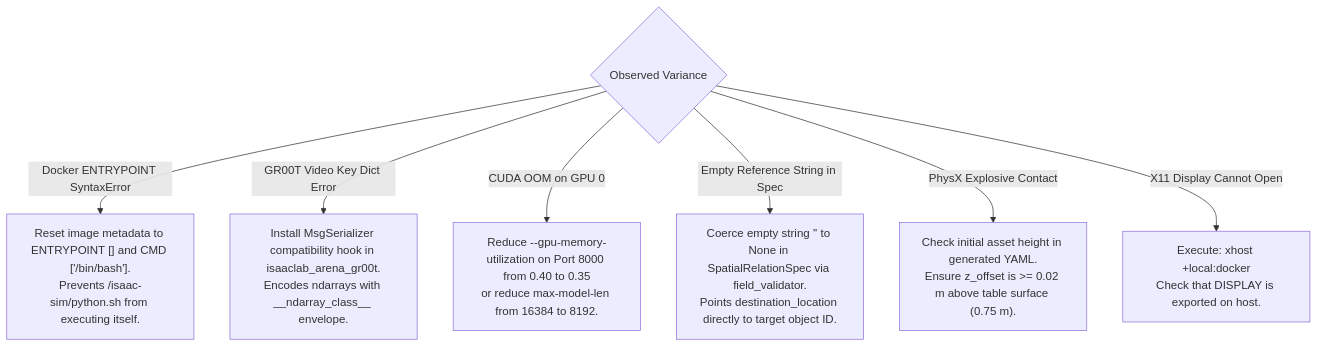
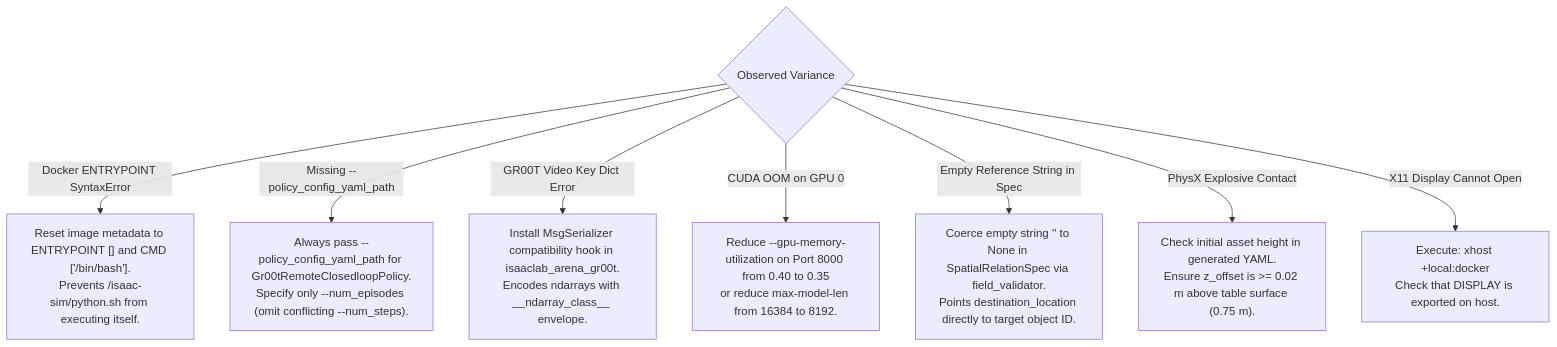
One commit to boredengineering/IsaacLab-Arena changed the second of 2 diagrams in .agents/references/plans/local-inference/experiment_01.md. Above: the diagram before and after it, drawn with Mermaid. The commit also changed other lines of this file and 1 other file, not shown here.

````diff
--- a/.agents/references/plans/local-inference/experiment_01.md
+++ b/.agents/references/plans/local-inference/experiment_01.md
@@ -480,11 +517,12 @@
 ```mermaid
 flowchart TD
     Issue{"Observed Variance"}
     
     Issue -->|Docker ENTRYPOINT SyntaxError| FixEntry["Reset image metadata to ENTRYPOINT [] and CMD ['/bin/bash'].<br/>Prevents /isaac-sim/python.sh from executing itself."]
+    Issue -->|Missing --policy_config_yaml_path| FixPolicyCfg["Always pass --policy_config_yaml_path for Gr00tRemoteClosedloopPolicy.<br/>Specify only --num_episodes (omit conflicting --num_steps)."]
     Issue -->|GR00T Video Key Dict Error| FixWire["Install MsgSerializer compatibility hook in isaaclab_arena_gr00t.<br/>Encodes ndarrays with __ndarray_class__ envelope."]
     Issue -->|CUDA OOM on GPU 0| FixOOM["Reduce --gpu-memory-utilization on Port 8000 from 0.40 to 0.35<br/>or reduce max-model-len from 16384 to 8192."]
     Issue -->|Empty Reference String in Spec| FixSchema["Coerce empty string '' to None in SpatialRelationSpec via field_validator.<br/>Points destination_location directly to target object ID."]
     Issue -->|PhysX Explosive Contact| FixPhysics["Check initial asset height in generated YAML.<br/>Ensure z_offset is >= 0.02 m above table surface (0.75 m)."]
     Issue -->|X11 Display Cannot Open| FixX11["Execute: xhost +local:docker<br/>Check that DISPLAY is exported on host."]
 ```
````
